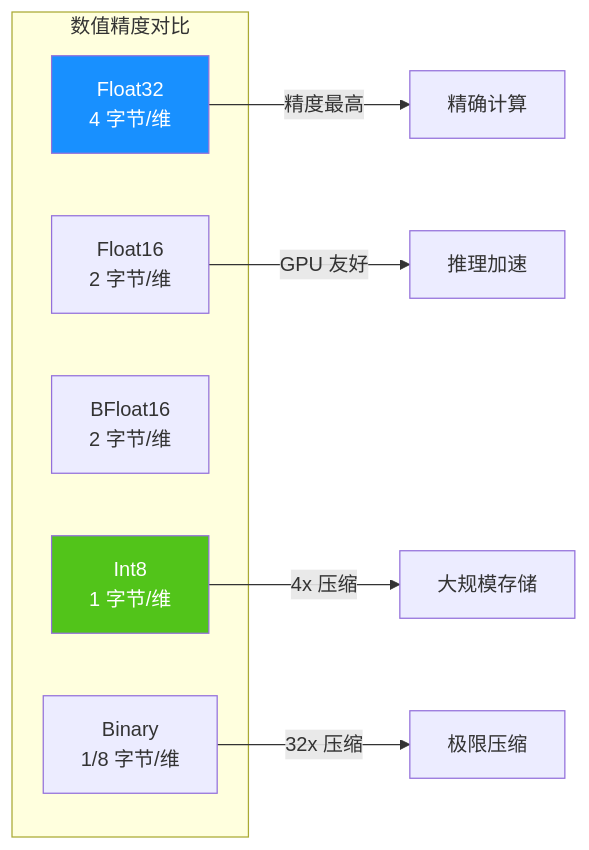
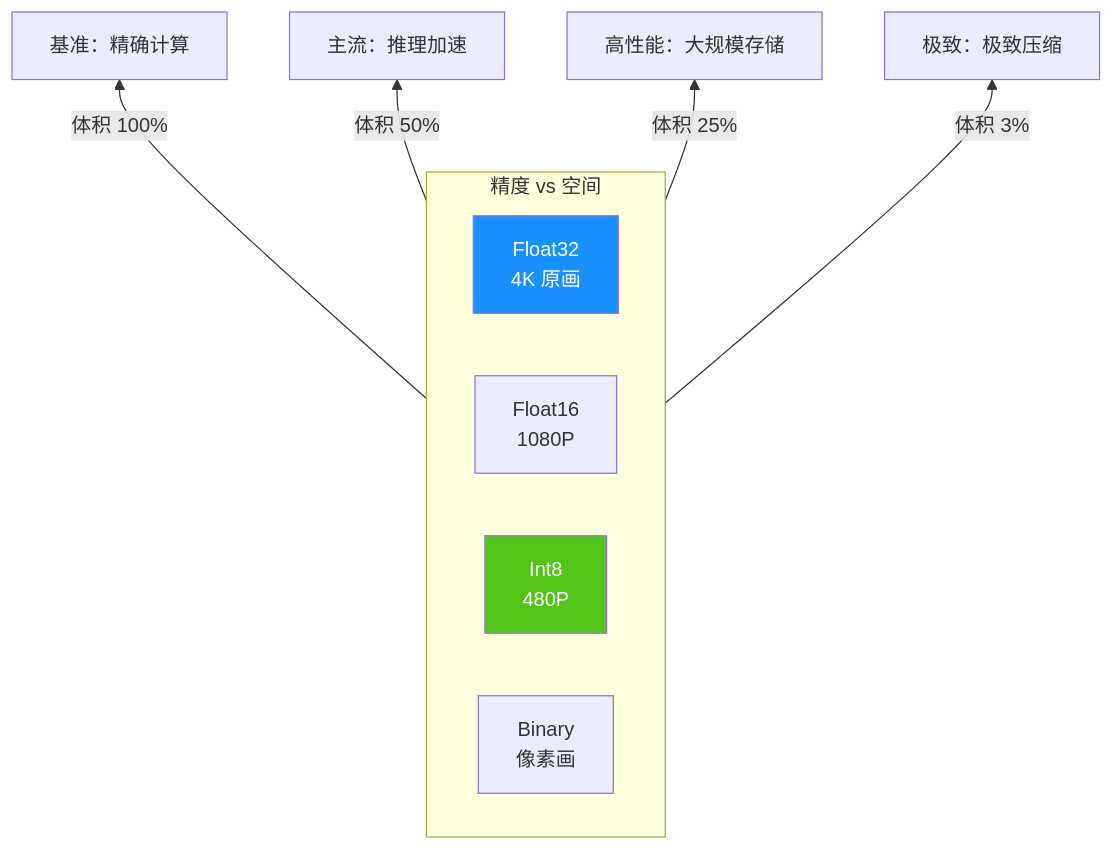
One commit to ThreeFish-AI/agentic-ai-cognizes changed diagram 37 of 37 in docs/research/003-vector-search-algorithm.md. Above: the diagram before and after it, drawn with Mermaid. The commit also changed other lines of this file, not shown here.

````diff
--- a/docs/research/003-vector-search-algorithm.md
+++ b/docs/research/003-vector-search-algorithm.md
@@ -2933,18 +2905,18 @@
 ```mermaid
-graph LR
-    subgraph "数值精度对比"
-        F32[Float32<br/>4 字节/维]
-        F16[Float16<br/>2 字节/维]
-        BF16[BFloat16<br/>2 字节/维]
-        I8[Int8<br/>1 字节/维]
-        B1[Binary<br/>1/8 字节/维]
+graph BT
+    subgraph "精度 vs 空间"
+        direction LR
+        F32[Float32<br/>4K 原画]
+        F16[Float16<br/>1080P]
+        I8[Int8<br/>480P]
+        B1[Binary<br/>像素画]
     end
 
-    F32 --> |"精度最高"| APP1[精确计算]
-    F16 --> |"GPU 友好"| APP2[推理加速]
-    I8 --> |"4x 压缩"| APP3[大规模存储]
-    B1 --> |"32x 压缩"| APP4[极限压缩]
+    F32 --> |"体积 100%"| APP1[基准：精确计算]
+    F16 --> |"体积 50%"| APP2[主流：推理加速]
+    I8 --> |"体积 25%"| APP3[高性能：大规模存储]
+    B1 --> |"体积 3%"| APP4[极致：极致压缩]
 
     style F32 fill:#1890ff,color:#fff
     style I8 fill:#52c41a,color:#fff
 ```
````
